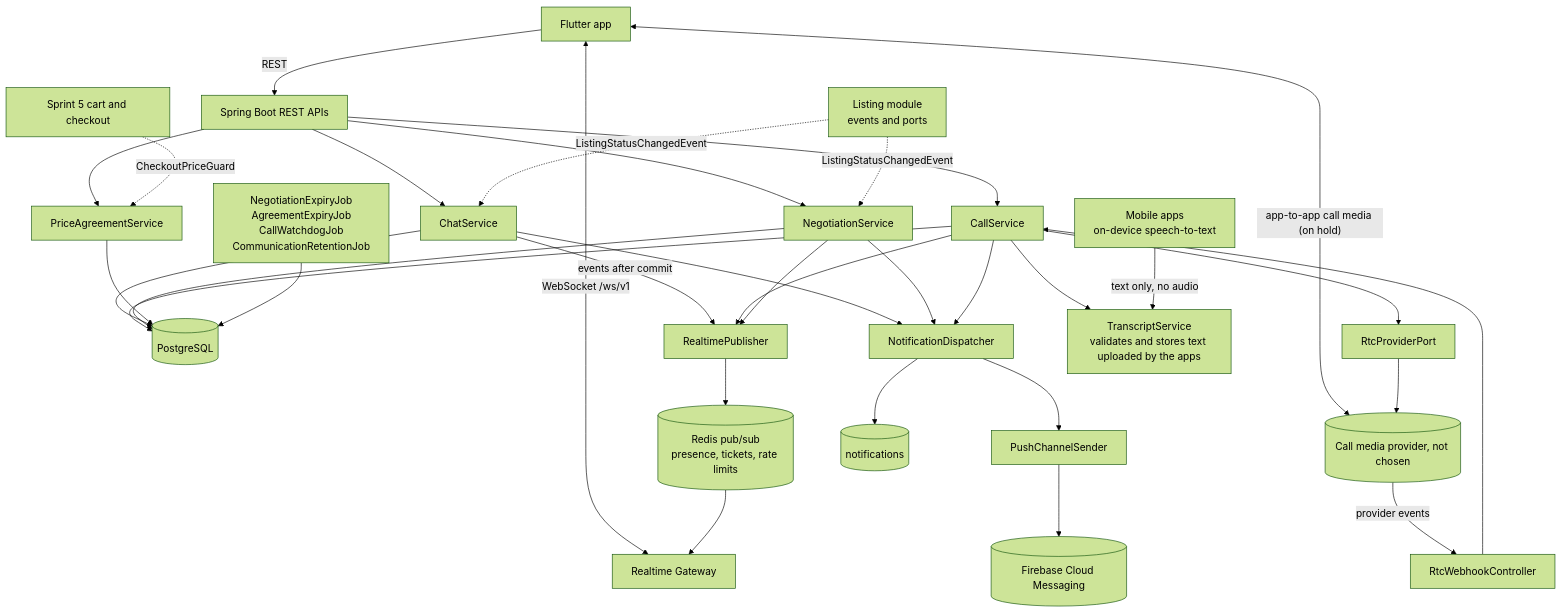
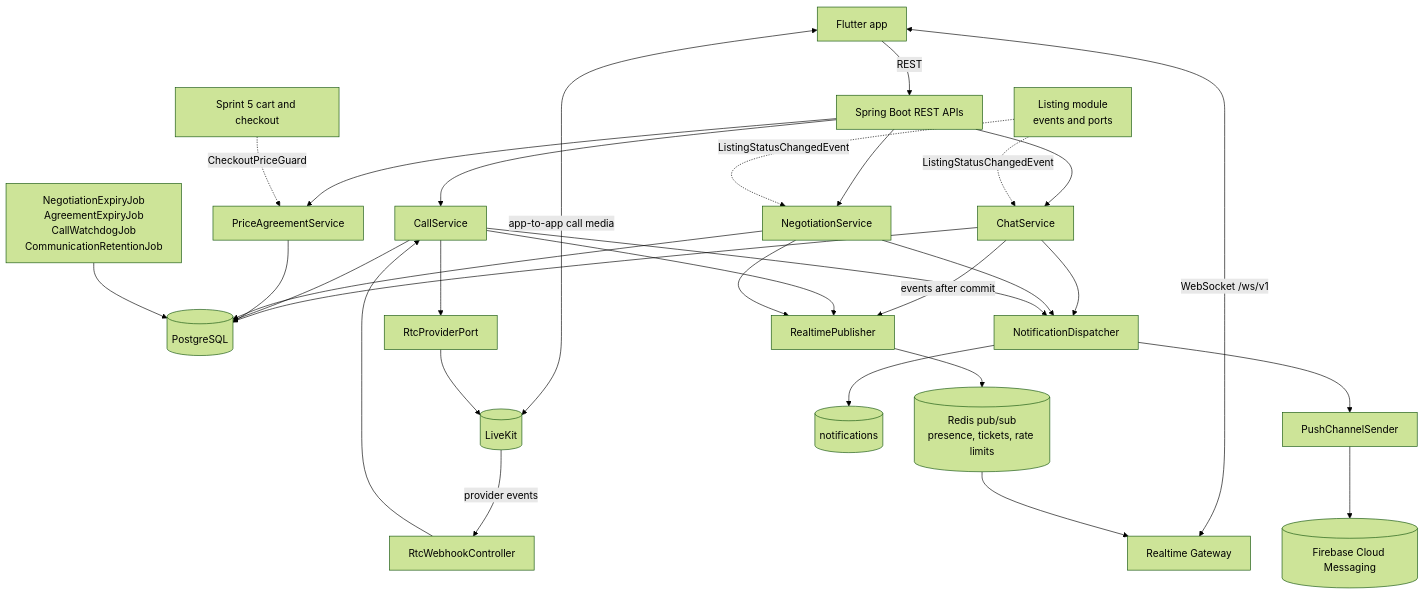
The second of 15 diagrams in LLD/Sprint-4-Communication-Negotiation-LLD.md (VSPL-New/Documents), drawn with Mermaid (forest theme) before and after one commit. The commit also changed other lines of this file and 9 other files, not shown here.

First line of the commit message:
docs(US-014): in-app voice and video calls on livekit

````diff
--- a/LLD/Sprint-4-Communication-Negotiation-LLD.md
+++ b/LLD/Sprint-4-Communication-Negotiation-LLD.md
@@ -126,35 +127,33 @@
 ```mermaid
 graph TB
     Mobile[Flutter app] -- REST --> API[Spring Boot REST APIs]
     Mobile <-- WebSocket /ws/v1 --> RT[Realtime Gateway]
-    Mobile <-- app-to-app call media (on hold) --> RTC[(Call media provider, not chosen)]
+    Mobile <-- app-to-app call media --> RTC[(LiveKit)]
     API --> Chat[ChatService]
     API --> Calls[CallService]
     API --> Neg[NegotiationService]
     API --> Agree[PriceAgreementService]
     Chat --> PG[(PostgreSQL)]
     Calls --> PG
     Neg --> PG
     Agree --> PG
     Chat -- events after commit --> Pub[RealtimePublisher]
     Calls --> Pub
     Neg --> Pub
     Pub --> Redis[(Redis pub/sub<br/>presence, tickets, rate limits)]
     Redis --> RT
     Chat --> Notify[NotificationDispatcher]
     Neg --> Notify
     Calls --> Notify
     Notify --> InApp[(notifications)]
     Notify --> PushCh[PushChannelSender]
     PushCh --> FCM[(Firebase Cloud Messaging)]
     Calls --> RtcPort[RtcProviderPort]
     RtcPort --> RTC
     RTC -- provider events --> WH[RtcWebhookController]
     WH --> Calls
-    Calls --> TrSvc[TranscriptService<br/>validates and stores text uploaded by the apps]
-    Apps[Mobile apps<br/>on-device speech-to-text] -- text only, no audio --> TrSvc
     Jobs[NegotiationExpiryJob<br/>AgreementExpiryJob<br/>CallWatchdogJob<br/>CommunicationRetentionJob] --> PG
     Listing[Listing module<br/>events and ports] -. ListingStatusChangedEvent .-> Neg
     Listing -. ListingStatusChangedEvent .-> Chat
     Checkout[Sprint 5 cart and checkout] -. CheckoutPriceGuard .-> Agree
 ```
````
